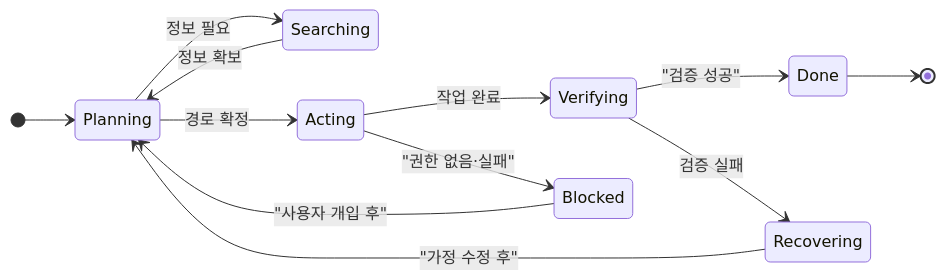
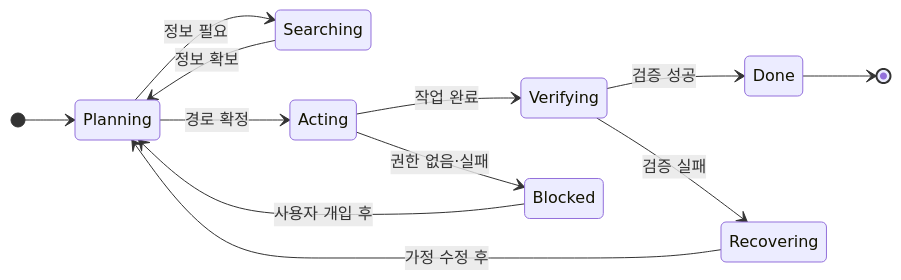
The diagram in content/harness-engineering/agentic-control-surface-design.mdx (Mino777/ai-study), drawn with Mermaid before and after one commit. The commit also changed other lines of this file and 4 other files, not shown here.

First line of the commit message:
fix: Gemini 생성 엔트리 Mermaid 렌더링 에러 수정

````diff
--- a/content/harness-engineering/agentic-control-surface-design.mdx
+++ b/content/harness-engineering/agentic-control-surface-design.mdx
@@ -55,15 +53,15 @@
 ```mermaid
 stateDiagram-v2
     direction LR
     [*] --> Planning
     Planning --> Searching: 정보 필요
     Planning --> Acting: 경로 확정
     Searching --> Planning: 정보 확보
     Acting --> Verifying: 작업 완료
-    Acting --> Blocked: "권한 없음·실패"
-    Blocked --> Planning: "사용자 개입 후"
-    Verifying --> Done: "검증 성공"
+    Acting --> Blocked: 권한 없음·실패
+    Blocked --> Planning: 사용자 개입 후
+    Verifying --> Done: 검증 성공
     Verifying --> Recovering: 검증 실패
-    Recovering --> Planning: "가정 수정 후"
+    Recovering --> Planning: 가정 수정 후
     Done --> [*]
 ```
````
